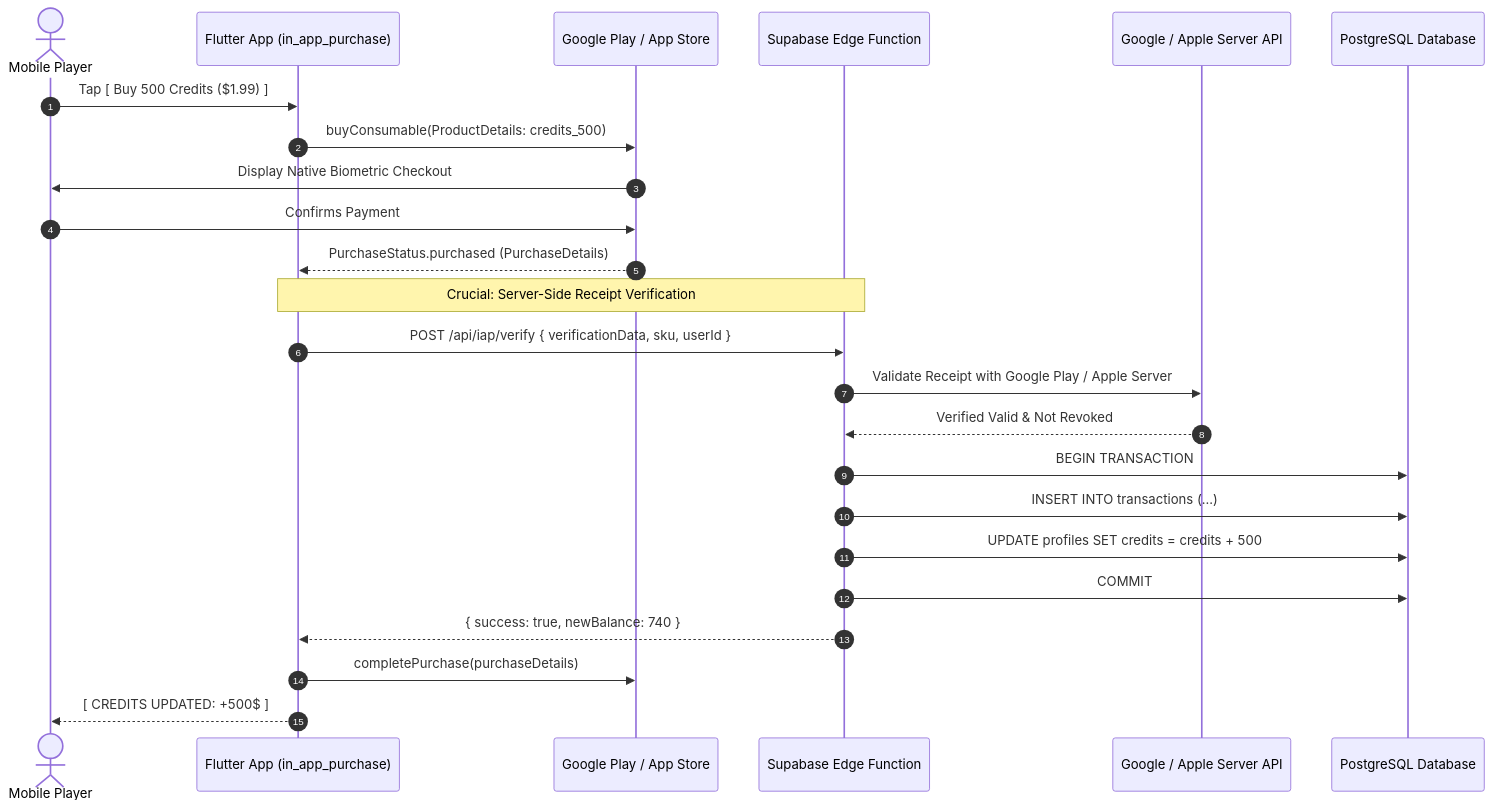
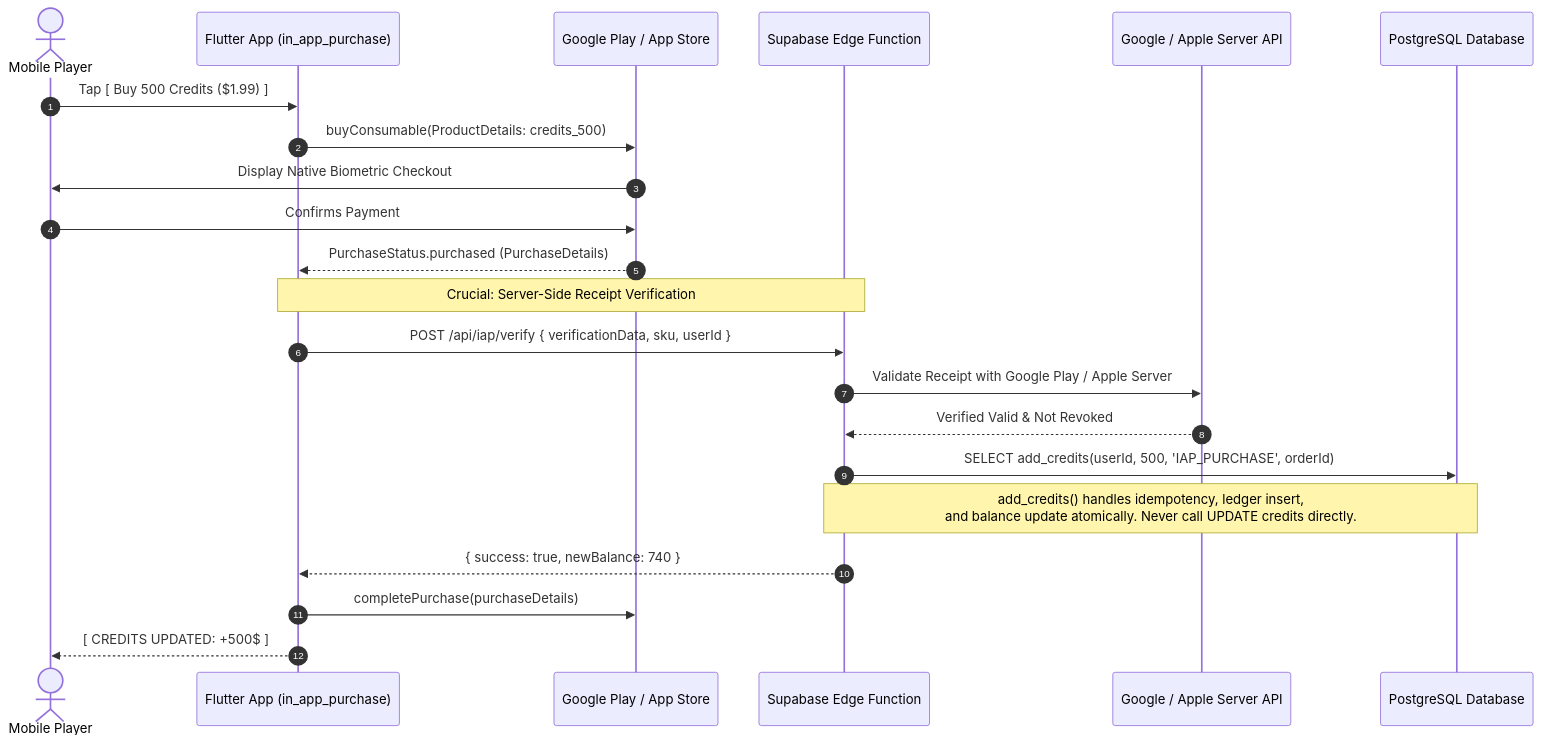
Before and after one commit to TheMrCorvy/HATCH.REF: the diagram in Documentation/Payments/02-native-iap-architecture.md, drawn with Mermaid. The commit also changed 11 other files, not shown here.

````diff
--- a/Documentation/Payments/02-native-iap-architecture.md
+++ b/Documentation/Payments/02-native-iap-architecture.md
@@ -9,30 +9,28 @@
 ```mermaid
 sequenceDiagram
     autonumber
     actor Player as Mobile Player
     participant App as Flutter App (in_app_purchase)
     participant Storefront as Google Play / App Store
     participant Backend as Supabase Edge Function
     participant StoreAPI as Google / Apple Server API
     participant DB as PostgreSQL Database
 
     Player->>App: Tap [ Buy 500 Credits ($1.99) ]
     App->>Storefront: buyConsumable(ProductDetails: credits_500)
     Storefront->>Player: Display Native Biometric Checkout
     Player->>Storefront: Confirms Payment
     Storefront-->>App: PurchaseStatus.purchased (PurchaseDetails)
 
     Note over App,Backend: Crucial: Server-Side Receipt Verification
     App->>Backend: POST /api/iap/verify { verificationData, sku, userId }
     Backend->>StoreAPI: Validate Receipt with Google Play / Apple Server
     StoreAPI-->>Backend: Verified Valid & Not Revoked
 
-    Backend->>DB: BEGIN TRANSACTION;
-    Backend->>DB: INSERT INTO transactions (...);
-    Backend->>DB: UPDATE profiles SET credits = credits + 500;
-    Backend->>DB: COMMIT;
+    Backend->>DB: SELECT add_credits(userId, 500, 'IAP_PURCHASE', orderId)
+    Note over Backend,DB: add_credits() handles idempotency, ledger insert,<br/>and balance update atomically. Never call UPDATE credits directly.
 
     Backend-->>App: { success: true, newBalance: 740 }
     App->>Storefront: completePurchase(purchaseDetails)
     App-->>Player: [ CREDITS UPDATED: +500$ ]
 ```
````
